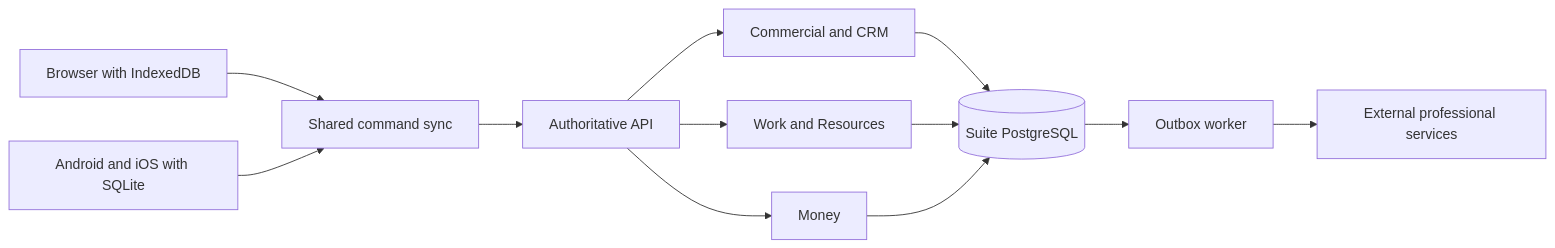
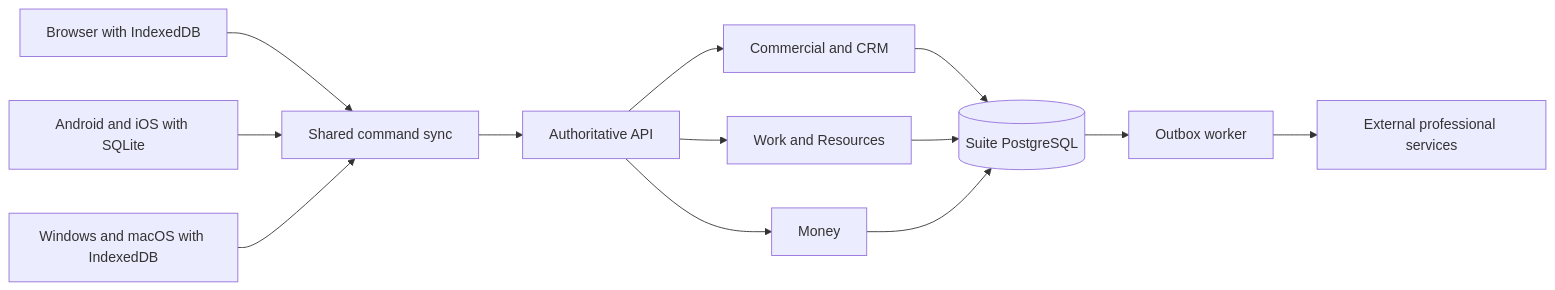
Before and after one commit to fabielone/business-suite: the diagram in docs/requirements/business-suite architecture.md, drawn with Mermaid. The commit also changed other lines of this file and 48 other files, not shown here.

Commit message:
Add offline Windows and macOS desktop foundation

````diff
--- a/docs/requirements/business-suite architecture.md
+++ b/docs/requirements/business-suite architecture.md
@@ -34,14 +34,15 @@
 ```mermaid
 flowchart LR
   Web[Browser with IndexedDB] --> Sync[Shared command sync]
   Native[Android and iOS with SQLite] --> Sync
+  Desktop[Windows and macOS with IndexedDB] --> Sync
   Sync --> API[Authoritative API]
   API --> Commercial[Commercial and CRM]
   API --> Work[Work and Resources]
   API --> Money[Money]
   Commercial --> DB[(Suite PostgreSQL)]
   Work --> DB
   Money --> DB
   DB --> Worker[Outbox worker]
   Worker --> Services[External professional services]
 ```
````
